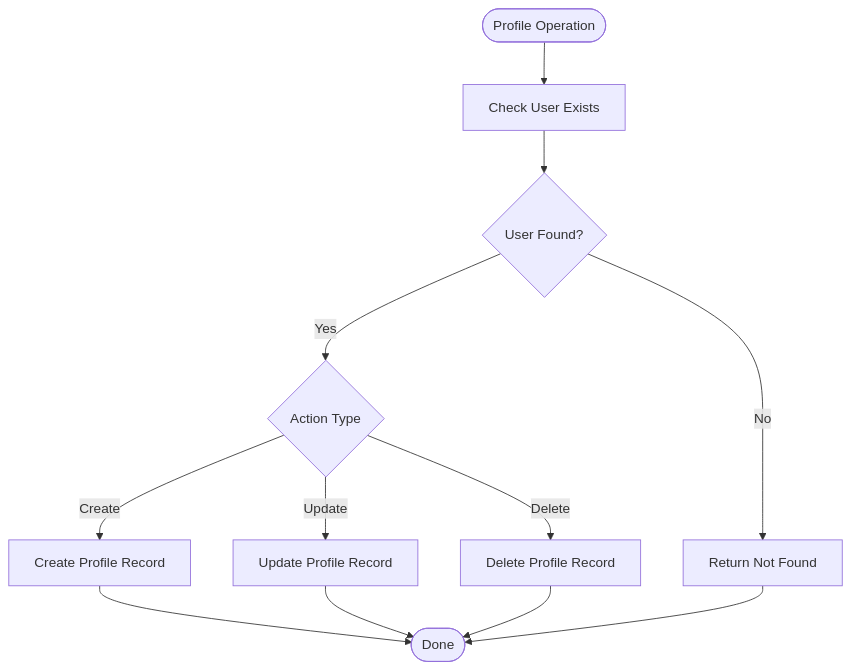
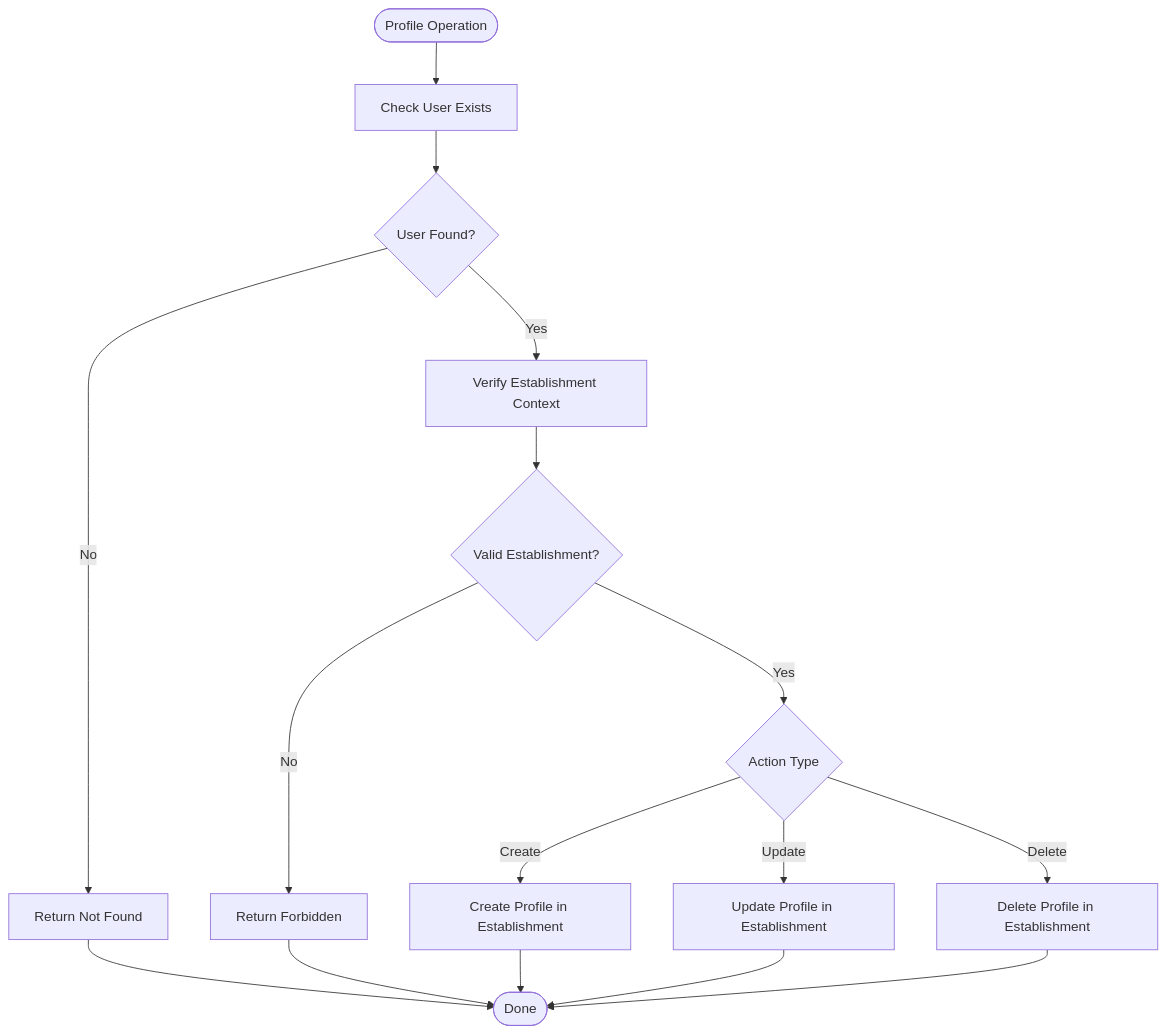
Before and after one commit to franckylab/eLISAschool: the fifth of 7 diagrams in .qoder/repowiki/en/content/Backend API Documentation/User Management API.md, drawn with Mermaid. The commit also changed other lines of this file and 126 other files, not shown here.

````diff
--- a/.qoder/repowiki/en/content/Backend API Documentation/User Management API.md
+++ b/.qoder/repowiki/en/content/Backend API Documentation/User Management API.md
@@ -347,14 +454,18 @@
 ```mermaid
 flowchart TD
 Start(["Profile Operation"]) --> CheckUser["Check User Exists"]
 CheckUser --> Exists{"User Found?"}
 Exists --> |No| Error["Return Not Found"]
-Exists --> |Yes| Action{"Action Type"}
-Action --> |Create| CreateProfile["Create Profile Record"]
-Action --> |Update| UpdateProfile["Update Profile Record"]
-Action --> |Delete| DeleteProfile["Delete Profile Record"]
+Exists --> |Yes| CheckEstablishment["Verify Establishment Context"]
+CheckEstablishment --> Valid{"Valid Establishment?"}
+Valid --> |No| Forbidden["Return Forbidden"]
+Valid --> |Yes| Action{"Action Type"}
+Action --> |Create| CreateProfile["Create Profile in Establishment"]
+Action --> |Update| UpdateProfile["Update Profile in Establishment"]
+Action --> |Delete| DeleteProfile["Delete Profile in Establishment"]
 CreateProfile --> Done(["Done"])
 UpdateProfile --> Done
 DeleteProfile --> Done
 Error --> Done
+Forbidden --> Done
 ```
````
